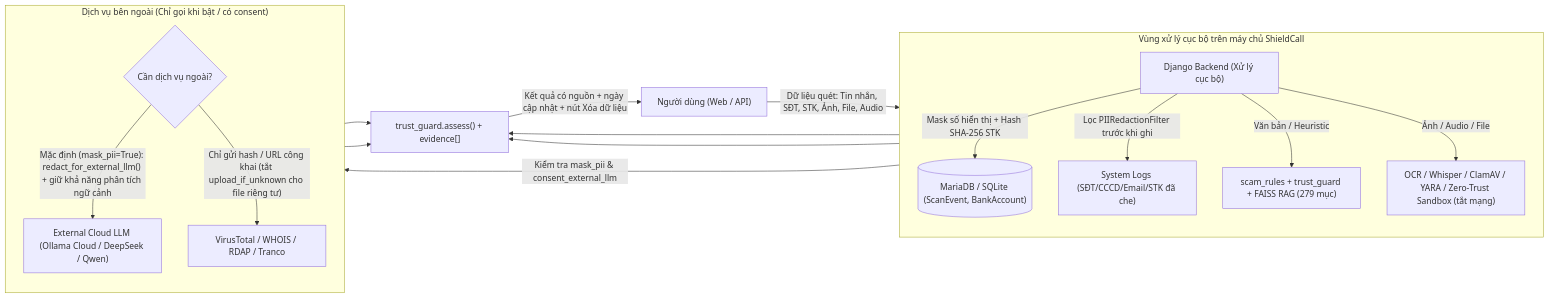
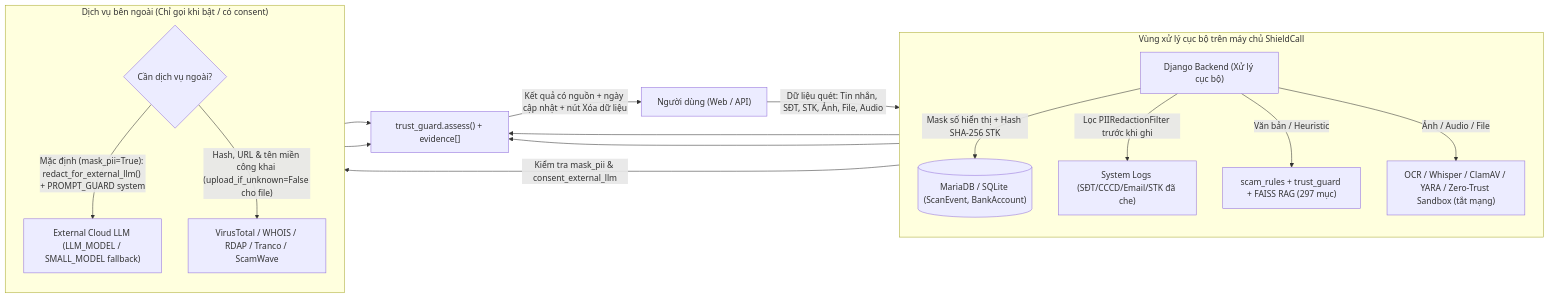
Before and after one commit to KienPC1234/Sentinel_Team_Project: the second of 2 diagrams in docs/BAO_CAO_CAI_TIEN_CHUNG_KET.md, drawn with Mermaid. The commit also changed other lines of this file and 72 other files, not shown here.

First line of the commit message:
feat: Add ScamWave integration for syncing and querying scam data

````diff
--- a/docs/BAO_CAO_CAI_TIEN_CHUNG_KET.md
+++ b/docs/BAO_CAO_CAI_TIEN_CHUNG_KET.md
@@ -114,26 +132,26 @@
 ```mermaid
 flowchart LR
     U["Người dùng (Web / API)"] -->|"Dữ liệu quét: Tin nhắn, SĐT, STK, Ảnh, File, Audio"| API["Django Backend (Xử lý cục bộ)"]
 
     subgraph LOCAL ["Vùng xử lý cục bộ trên máy chủ ShieldCall"]
         direction TB
         API -->|"Mask số hiển thị + Hash SHA-256 STK"| DB[("MariaDB / SQLite (ScanEvent, BankAccount)")]
         API -->|"Lọc PIIRedactionFilter trước khi ghi"| LOG["System Logs (SĐT/CCCD/Email/STK đã che)"]
-        API -->|"Văn bản / Heuristic"| RULES["scam_rules + trust_guard + FAISS RAG (279 mục)"]
+        API -->|"Văn bản / Heuristic"| RULES["scam_rules + trust_guard + FAISS RAG (297 mục)"]
         API -->|"Ảnh / Audio / File"| ISOLATED["OCR / Whisper / ClamAV / YARA / Zero-Trust Sandbox (tắt mạng)"]
     end
 
     API -->|"Kiểm tra mask_pii & consent_external_llm"| GATE{"Cần dịch vụ ngoài?"}
 
     subgraph EXT ["Dịch vụ bên ngoài (Chỉ gọi khi bật / có consent)"]
         direction TB
-        GATE -->|"Mặc định (mask_pii=True): redact_for_external_llm() + giữ khả năng phân tích ngữ cảnh"| CLOUD_LLM["External Cloud LLM (Ollama Cloud / DeepSeek / Qwen)"]
-        GATE -->|"Chỉ gửi hash / URL công khai (tắt upload_if_unknown cho file riêng tư)"| VT["VirusTotal / WHOIS / RDAP / Tranco"]
+        GATE -->|"Mặc định (mask_pii=True): redact_for_external_llm() + PROMPT_GUARD system"| CLOUD_LLM["External Cloud LLM (LLM_MODEL / SMALL_MODEL fallback)"]
+        GATE -->|"Hash, URL & tên miền công khai (upload_if_unknown=False cho file)"| VT["VirusTotal / WHOIS / RDAP / Tranco / ScamWave"]
     end
 
     RULES --> GUARD["trust_guard.assess() + evidence[]"]
     ISOLATED --> GUARD
     CLOUD_LLM --> GUARD
     VT --> GUARD
     GUARD -->|"Kết quả có nguồn + ngày cập nhật + nút Xóa dữ liệu"| U
 ```
````
